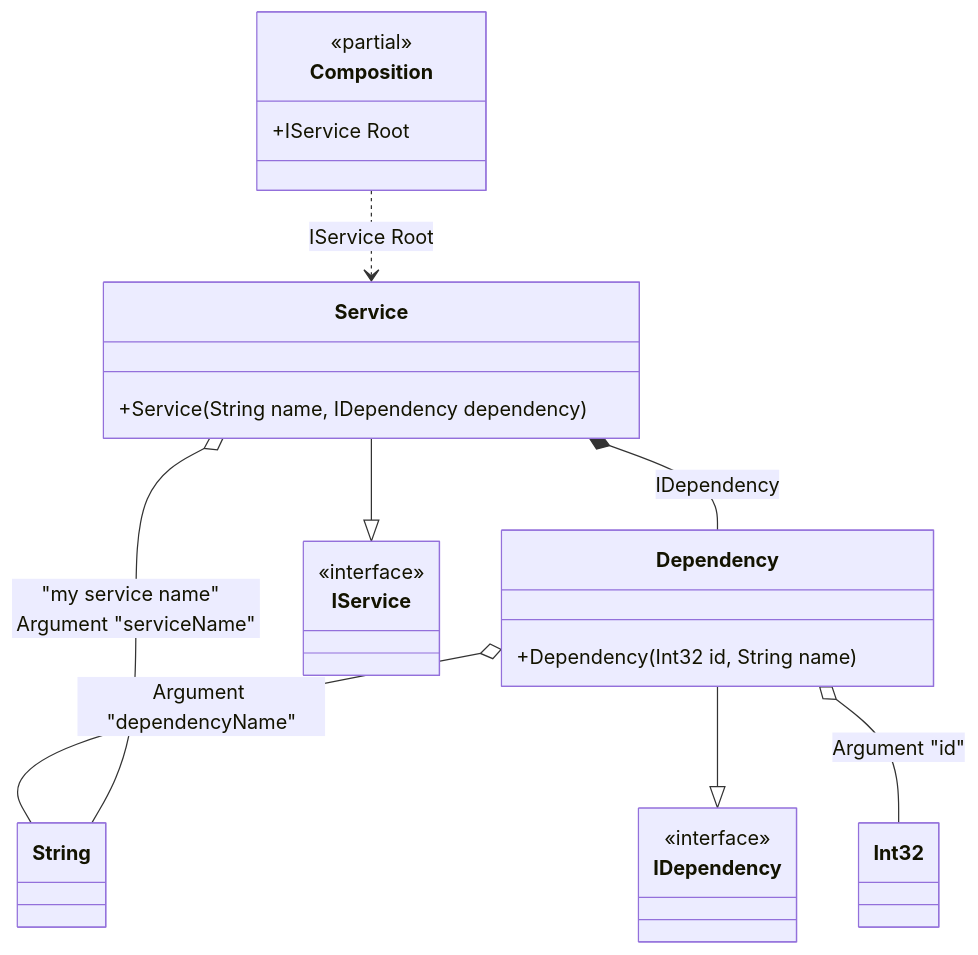
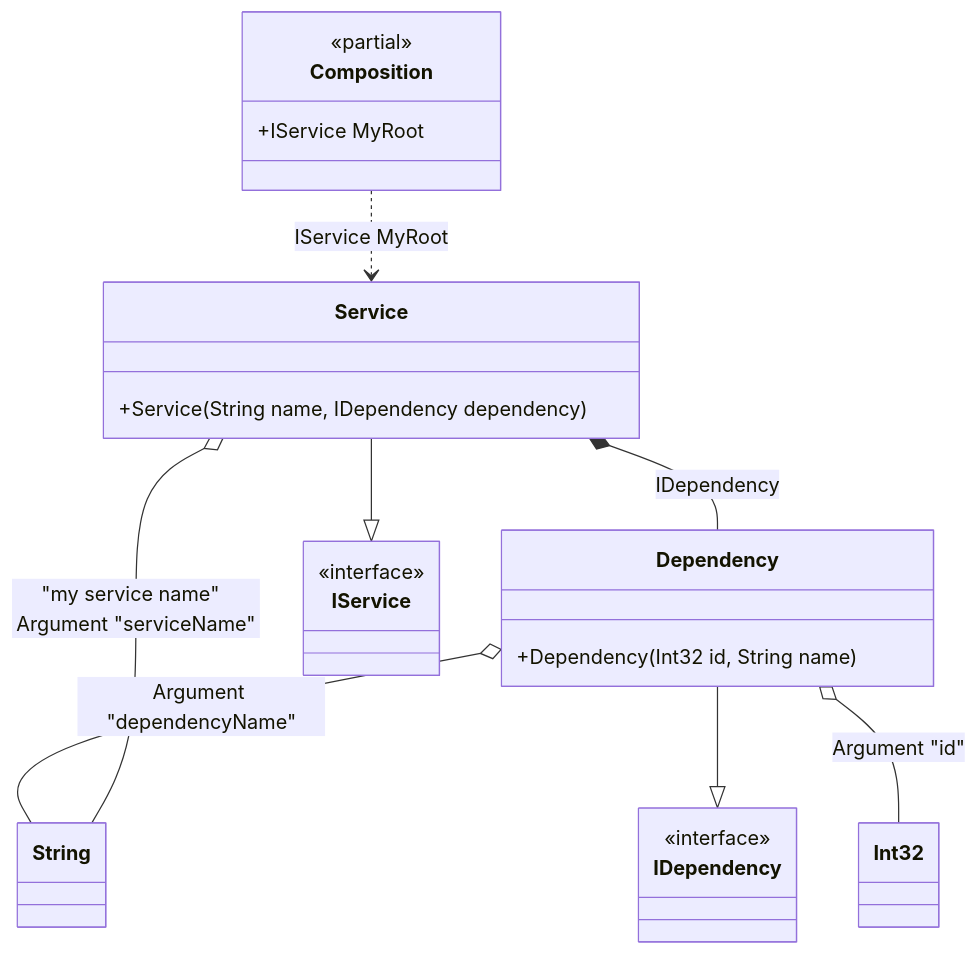
Before and after one commit to DevTeam/Pure.DI: the diagram in readme/class-arguments.md, drawn with Mermaid. The commit also changed other lines of this file and 22 other files, not shown here.

````diff
--- a/readme/class-arguments.md
+++ b/readme/class-arguments.md
@@ -107,28 +107,28 @@
 ```mermaid
 classDiagram
 	class Composition {
 		<<partial>>
-		+IService Root
+		+IService MyRoot
 	}
 	class Int32
 	class String
 	Dependency --|> IDependency
 	class Dependency {
 		+Dependency(Int32 id, String name)
 	}
 	Service --|> IService
 	class Service {
 		+Service(String name, IDependency dependency)
 	}
 	class IDependency {
 		<<interface>>
 	}
 	class IService {
 		<<interface>>
 	}
 	Dependency o-- Int32 : Argument "id"
 	Dependency o-- String : Argument "dependencyName"
 	Service o-- String : "my service name"  Argument "serviceName"
 	Service *--  Dependency : IDependency
-	Composition ..> Service : IService Root
+	Composition ..> Service : IService MyRoot
 ```
````
